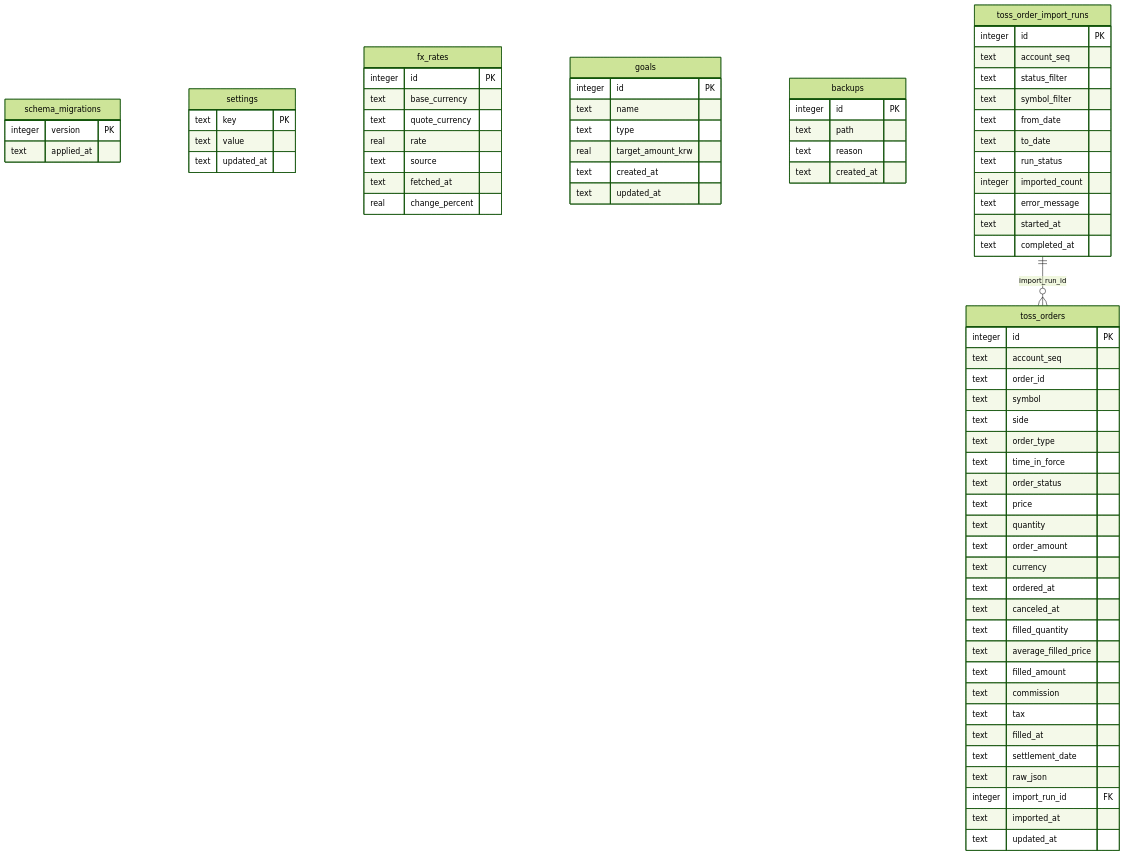
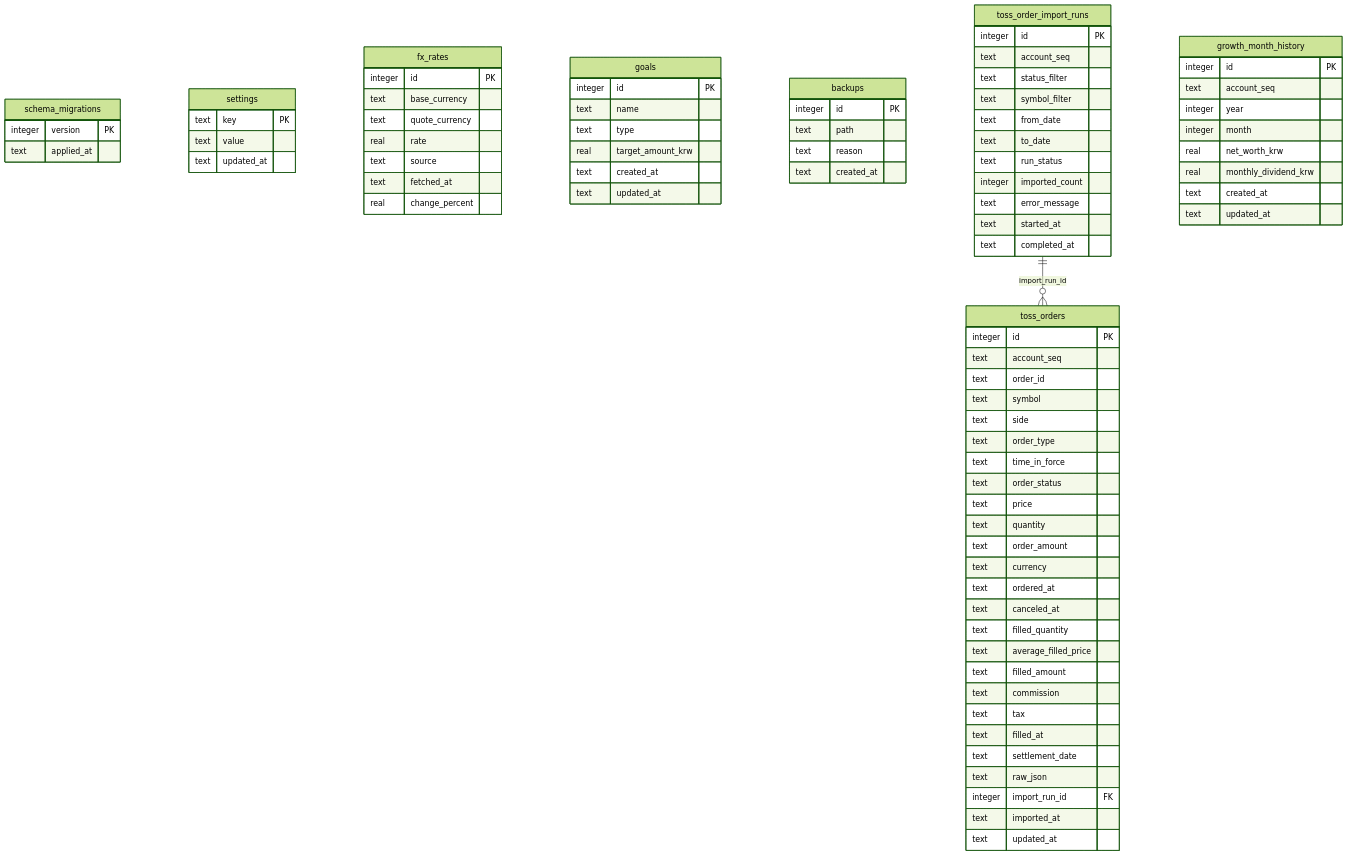
The diagram in docs/db_erd.md (OhSuBin13/portfolio), drawn with Mermaid (forest theme) before and after one commit. The commit also changed other lines of this file and 1 other file, not shown here.

Commit message:
docs: document growth period history

````diff
--- a/docs/db_erd.md
+++ b/docs/db_erd.md
@@ -77,5 +77,15 @@
       text imported_at
       text updated_at
     }
+    growth_month_history {
+      integer id PK
+      text account_seq
+      integer year
+      integer month
+      real net_worth_krw
+      real monthly_dividend_krw
+      text created_at
+      text updated_at
+    }
     toss_order_import_runs ||--o{ toss_orders : import_run_id
 ```
````
